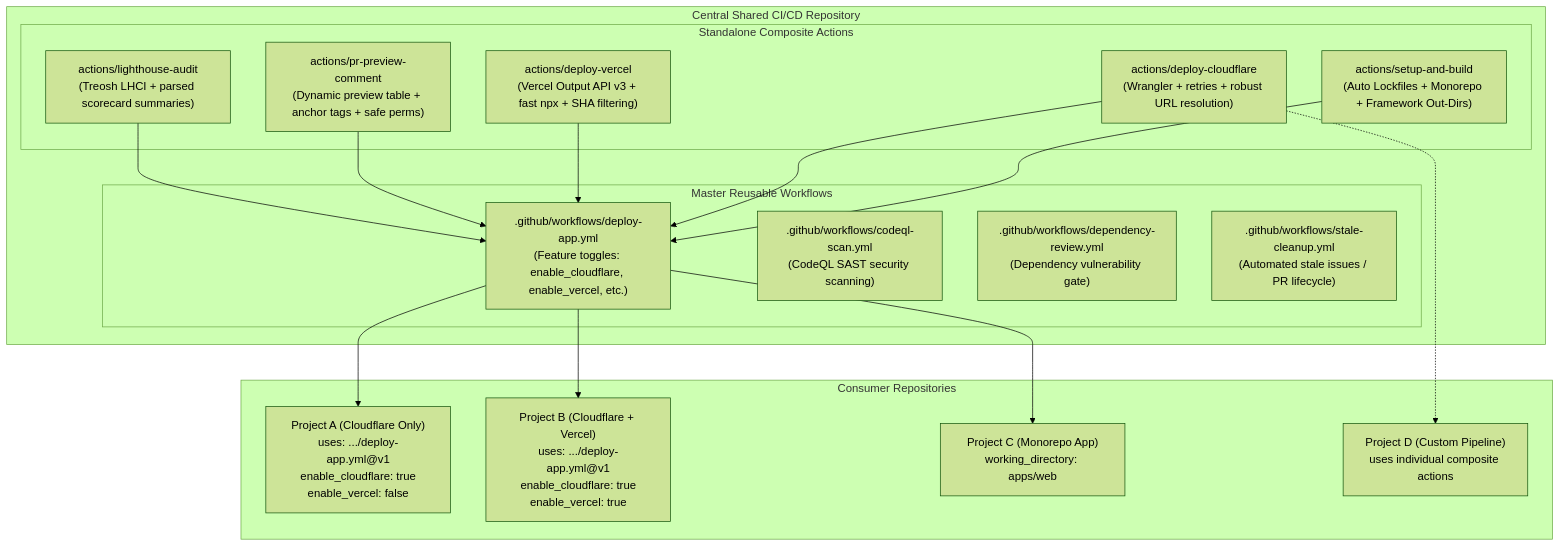
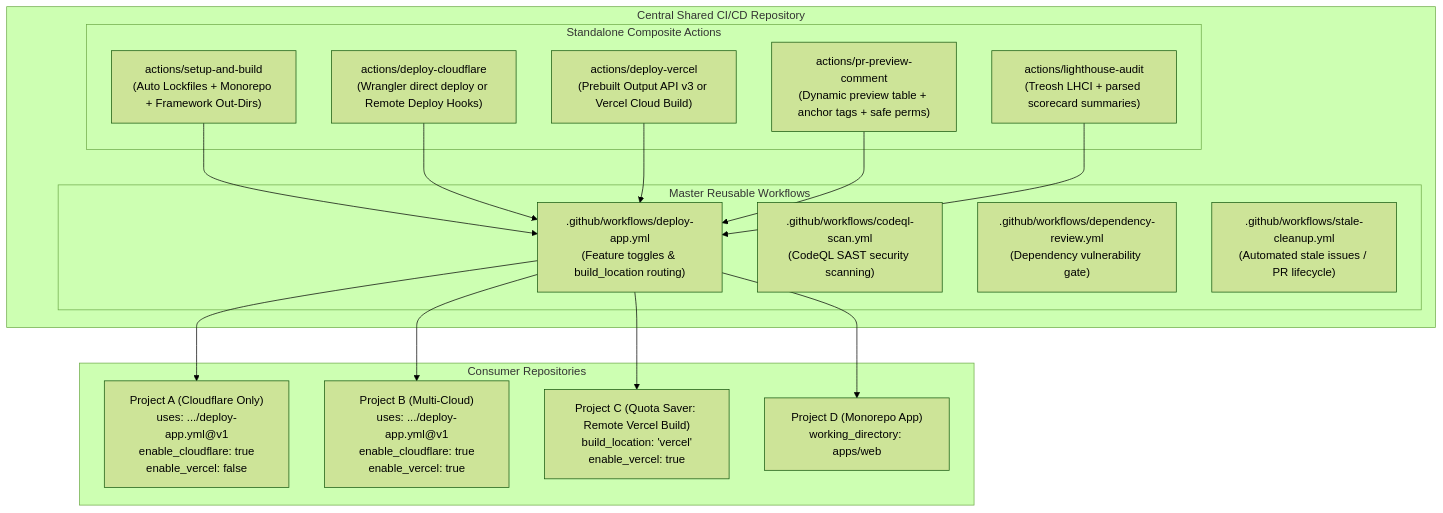
The diagram in README.md (LABEIM/Shared-CICD), drawn with Mermaid (forest theme) before and after one commit. The commit also changed other lines of this file and 5 other files, not shown here.

Commit message:
feat: Configurable Build Location for CI/CD Pipeline

````diff
--- a/README.md
+++ b/README.md
@@ -11,37 +12,37 @@
 ```mermaid
 flowchart TD
     subgraph SharedRepo ["Central Shared CI/CD Repository"]
         subgraph Actions ["Standalone Composite Actions"]
             A1["actions/setup-and-build\n(Auto Lockfiles + Monorepo + Framework Out-Dirs)"]
-            A2["actions/deploy-cloudflare\n(Wrangler + retries + robust URL resolution)"]
-            A3["actions/deploy-vercel\n(Vercel Output API v3 + fast npx + SHA filtering)"]
+            A2["actions/deploy-cloudflare\n(Wrangler direct deploy or Remote Deploy Hooks)"]
+            A3["actions/deploy-vercel\n(Prebuilt Output API v3 or Vercel Cloud Build)"]
             A4["actions/pr-preview-comment\n(Dynamic preview table + anchor tags + safe perms)"]
             A5["actions/lighthouse-audit\n(Treosh LHCI + parsed scorecard summaries)"]
         end
 
         subgraph Workflows ["Master Reusable Workflows"]
-            W1[".github/workflows/deploy-app.yml\n(Feature toggles: enable_cloudflare, enable_vercel, etc.)"]
+            W1[".github/workflows/deploy-app.yml\n(Feature toggles & build_location routing)"]
             W2[".github/workflows/codeql-scan.yml\n(CodeQL SAST security scanning)"]
             W3[".github/workflows/dependency-review.yml\n(Dependency vulnerability gate)"]
             W4[".github/workflows/stale-cleanup.yml\n(Automated stale issues / PR lifecycle)"]
         end
     end
 
     A1 --> W1
     A2 --> W1
     A3 --> W1
     A4 --> W1
     A5 --> W1
 
     subgraph Downstream ["Consumer Repositories"]
         P1["Project A (Cloudflare Only)\nuses: .../deploy-app.yml@v1\nenable_cloudflare: true\nenable_vercel: false"]
-        P2["Project B (Cloudflare + Vercel)\nuses: .../deploy-app.yml@v1\nenable_cloudflare: true\nenable_vercel: true"]
-        P3["Project C (Monorepo App)\nworking_directory: apps/web"]
-        P4["Project D (Custom Pipeline)\nuses individual composite actions"]
+        P2["Project B (Multi-Cloud)\nuses: .../deploy-app.yml@v1\nenable_cloudflare: true\nenable_vercel: true"]
+        P3["Project C (Quota Saver: Remote Vercel Build)\nbuild_location: 'vercel'\nenable_vercel: true"]
+        P4["Project D (Monorepo App)\nworking_directory: apps/web"]
     end
 
     W1 --> P1
     W1 --> P2
     W1 --> P3
-    A2 -.-> P4
+    W1 --> P4
 ```
````
